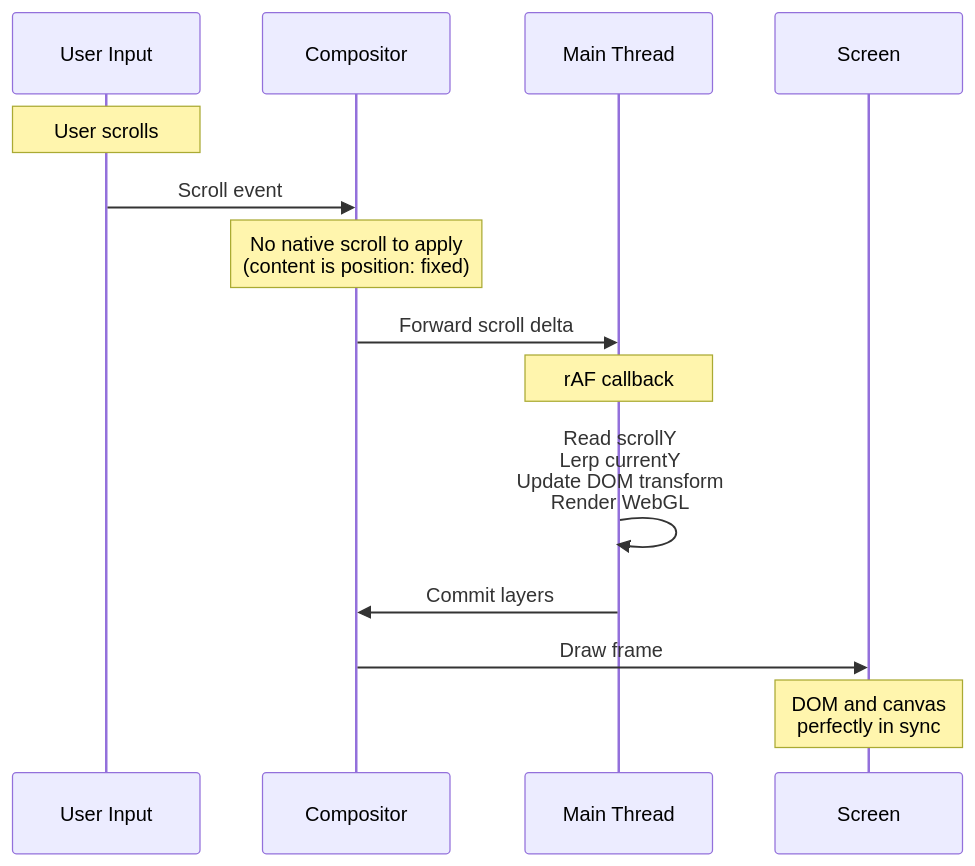
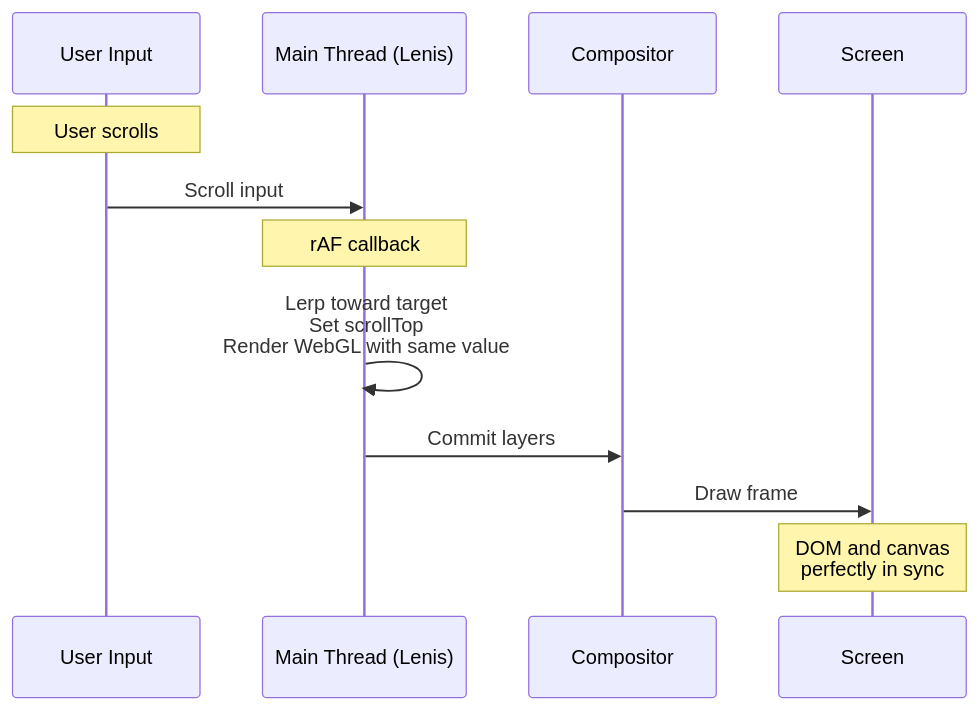
One commit to joyco-studio/registry changed the fifth of 11 diagrams in content/logs/08-webgl-scroll-sync.mdx. Above: the diagram before and after it, drawn with Mermaid. The commit also changed other lines of this file, not shown here.

First line of the commit message:
Rewrite Approach 1 around Lenis, drop older scroll hijack libraries

````diff
--- a/content/logs/08-webgl-scroll-sync.mdx
+++ b/content/logs/08-webgl-scroll-sync.mdx
@@ -197,17 +189,15 @@
 ```mermaid
 sequenceDiagram
     participant U as User Input
+    participant M as Main Thread (Lenis)
     participant C as Compositor
-    participant M as Main Thread
     participant S as Screen
 
     Note over U: User scrolls
-    U->>C: Scroll event
-    Note over C: No native scroll to apply<br/>(content is position: fixed)
-    C->>M: Forward scroll delta
+    U->>M: Scroll input
     Note over M: rAF callback
-    M->>M: Read scrollY<br/>Lerp currentY<br/>Update DOM transform<br/>Render WebGL
+    M->>M: Lerp toward target<br/>Set scrollTop<br/>Render WebGL with same value
     M->>C: Commit layers
     C->>S: Draw frame
     Note over S: DOM and canvas<br/>perfectly in sync
 ```
````
